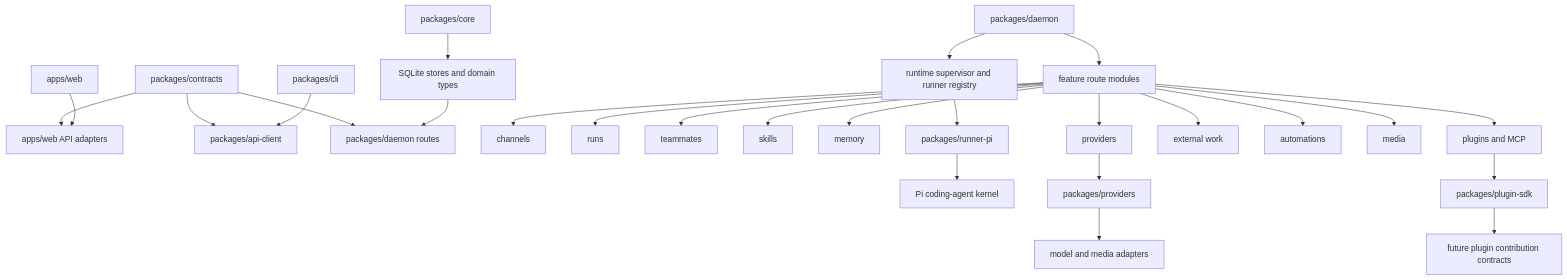
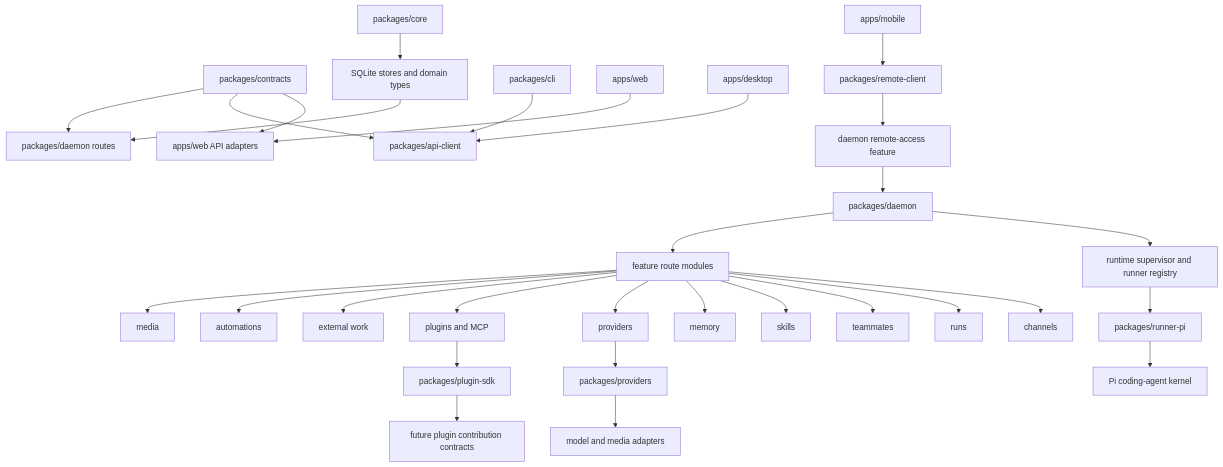
Before and after one commit to ling-stack-org/ling-stack: the seventh of 7 diagrams in docs/design/ling-framework.md, drawn with Mermaid. The commit also changed other lines of this file and 6 other files, not shown here.

Commit message:
docs: design mobile remote access

````diff
--- a/docs/design/ling-framework.md
+++ b/docs/design/ling-framework.md
@@ -276,32 +282,36 @@
 ```mermaid
 flowchart TD
   Contracts["packages/contracts"] --> WebApi["apps/web API adapters"]
   Contracts --> ApiClient["packages/api-client"]
   Contracts --> DaemonRoutes["packages/daemon routes"]
 
   Core["packages/core"] --> Stores["SQLite stores and domain types"]
   Stores --> DaemonRoutes
 
   Daemon["packages/daemon"] --> Runtime["runtime supervisor and runner registry"]
   Daemon --> Features["feature route modules"]
   Features --> Channels["channels"]
   Features --> Runs["runs"]
   Features --> Teammates["teammates"]
   Features --> Skills["skills"]
   Features --> Memory["memory"]
   Features --> ProvidersFeature["providers"]
   Features --> Plugins["plugins and MCP"]
   Features --> ExternalWork["external work"]
   Features --> Automations["automations"]
   Features --> Media["media"]
 
   RunnerPi["packages/runner-pi"] --> PiKernel["Pi coding-agent kernel"]
   ProvidersPkg["packages/providers"] --> ProviderAdapters["model and media adapters"]
   PluginSdk["packages/plugin-sdk"] --> PluginContracts["future plugin contribution contracts"]
   Cli["packages/cli"] --> ApiClient
   Web["apps/web"] --> WebApi
+  Desktop["apps/desktop"] --> ApiClient
+  Mobile["apps/mobile"] --> RemoteClient["packages/remote-client"]
+  RemoteClient --> RemoteGateway["daemon remote-access feature"]
+  RemoteGateway --> Daemon
 
   Runtime --> RunnerPi
   ProvidersFeature --> ProvidersPkg
   Plugins --> PluginSdk
 ```
````
